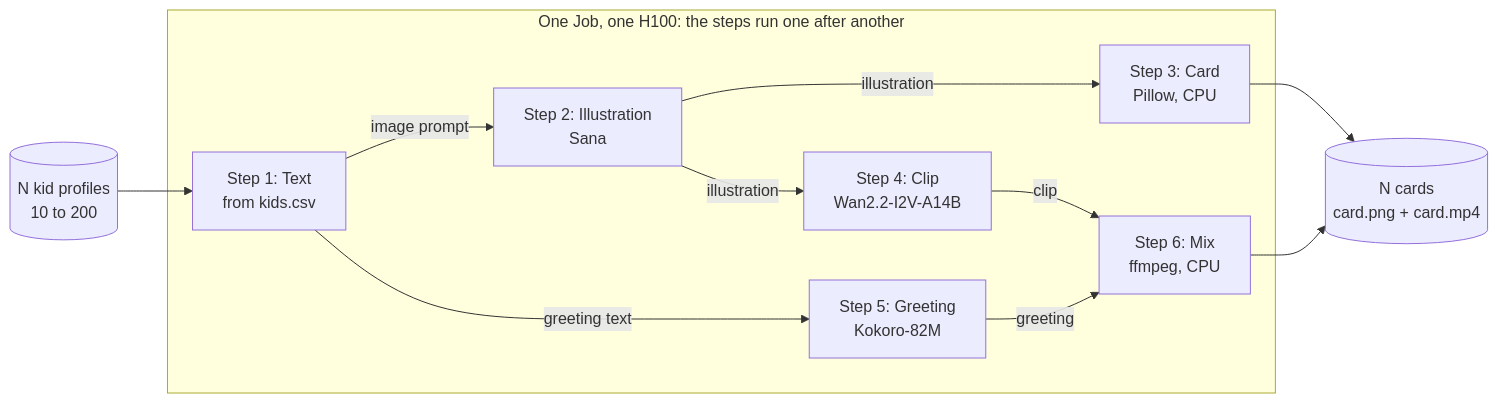
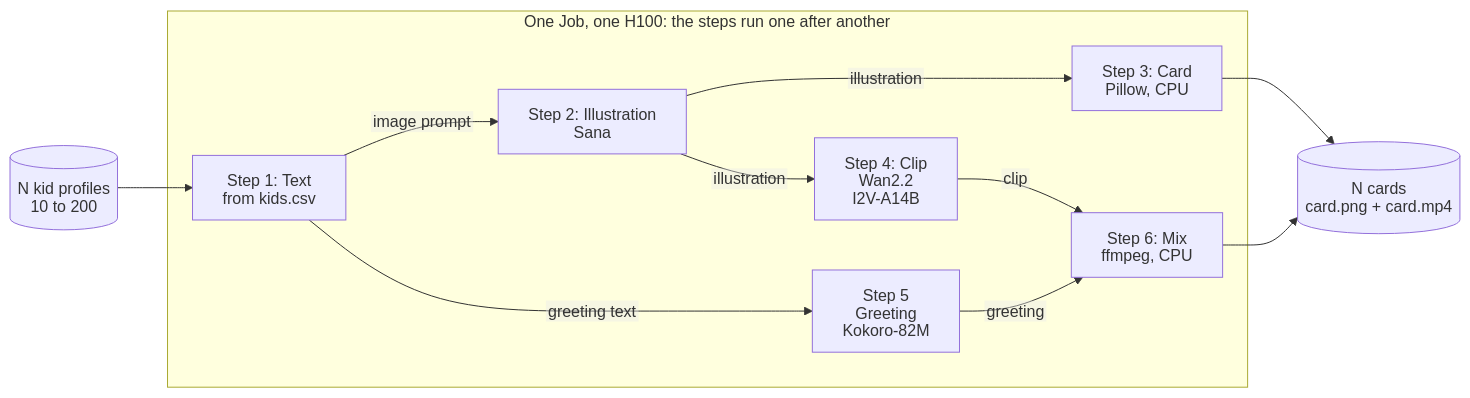
One commit to DataTalksClub/production-ai-agents-for-media-generation changed the third of 4 diagrams in 01-consistent-media-generation-on-serverless-gpus/04-serving-vs-batch.md. Above: the diagram before and after it, drawn with Mermaid. The commit also changed other lines of this file and 1 other file, not shown here.

Commit message:
Fix mermadi diagrams render in Github. Add pipeline diagram to 05

````diff
--- a/01-consistent-media-generation-on-serverless-gpus/04-serving-vs-batch.md
+++ b/01-consistent-media-generation-on-serverless-gpus/04-serving-vs-batch.md
@@ -183,20 +195,26 @@
 ```mermaid
+---
+config:
+  htmlLabels: false
+  flowchart:
+    htmlLabels: false
+---
 flowchart LR
     rec[("N kid profiles<br/>10 to 200")] --> txt
     subgraph job["One Job, one H100: the steps run one after another"]
         txt["Step 1: Text<br/>from kids.csv"]
         img["Step 2: Illustration<br/>Sana"]
         crd["Step 3: Card<br/>Pillow, CPU"]
-        vid["Step 4: Clip<br/>Wan2.2-I2V-A14B"]
-        spk["Step 5: Greeting<br/>Kokoro-82M"]
+        vid["Step 4: Clip<br/>Wan2.2<br/>I2V-A14B"]
+        spk["Step 5<br/>Greeting<br/>Kokoro-82M"]
         mix["Step 6: Mix<br/>ffmpeg, CPU"]
         txt -- "image prompt" --> img
         img -- "illustration" --> crd
         img -- "illustration" --> vid
         txt -- "greeting text" --> spk
         vid -- "clip" --> mix
         spk -- "greeting" --> mix
     end
     crd --> out[("N cards<br/>card.png + card.mp4")]
     mix --> out
 ```
````
